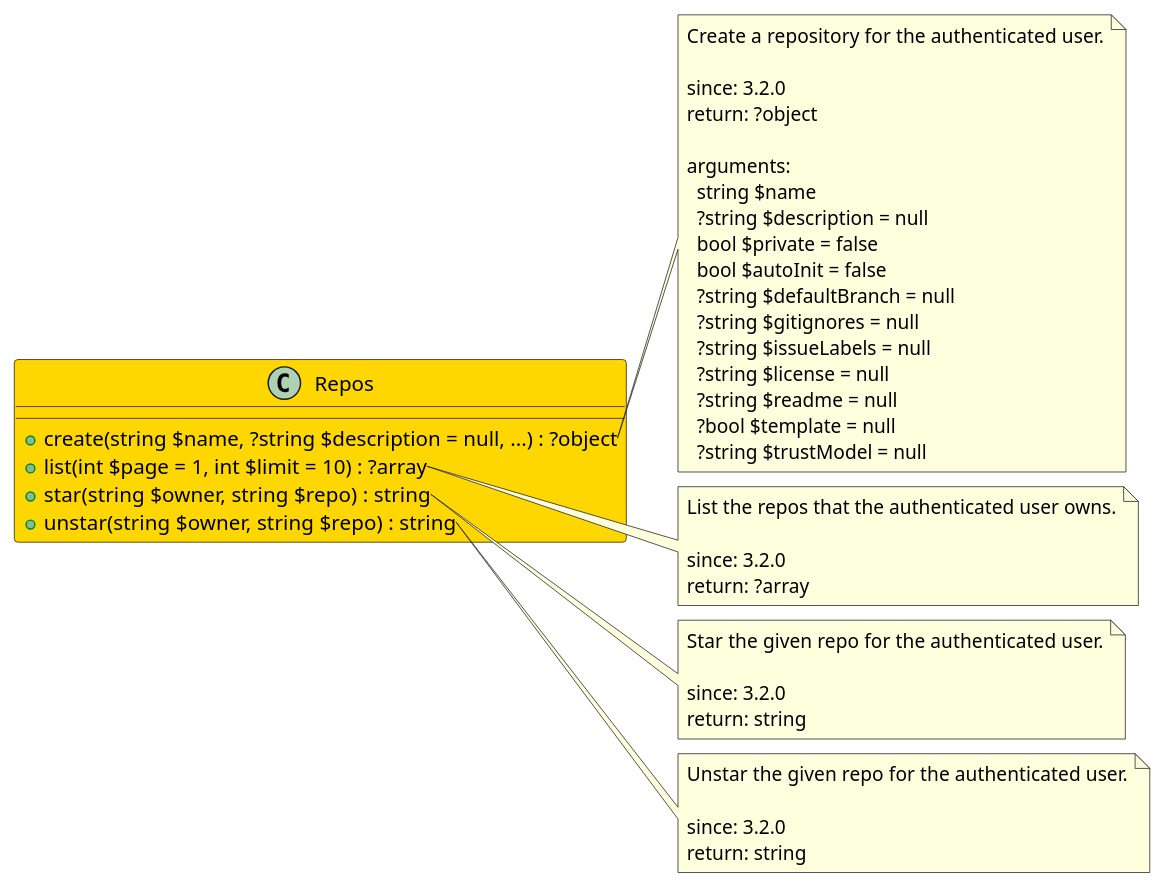
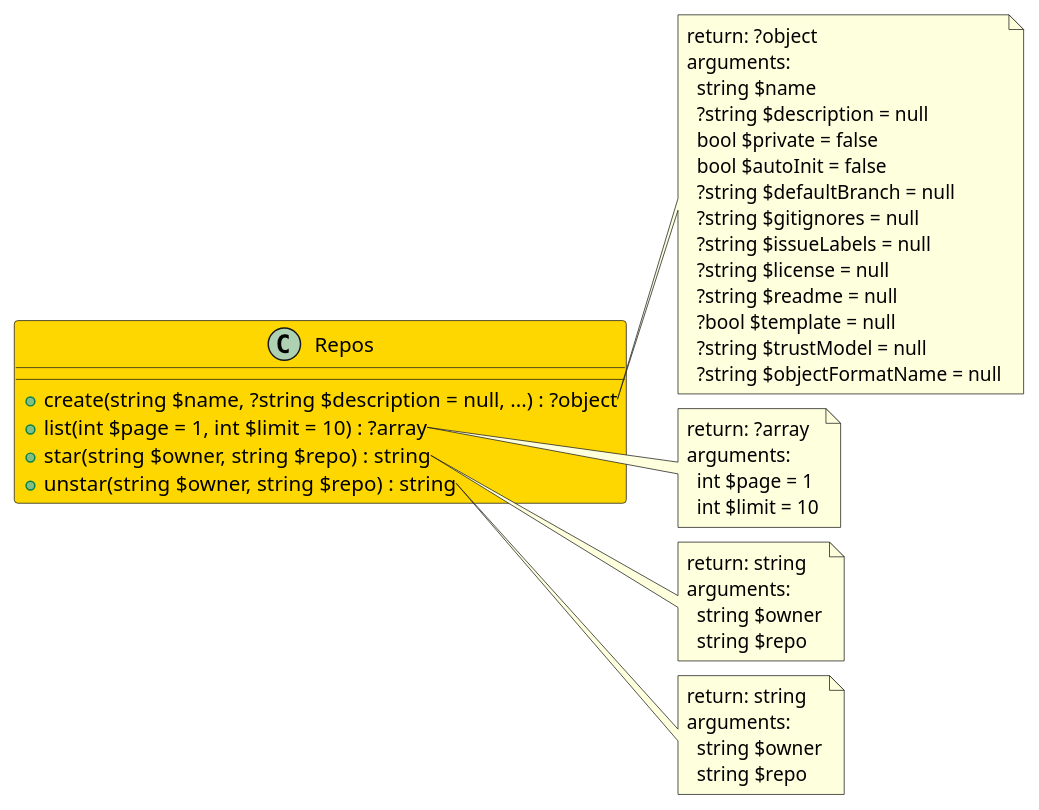
Before and after one commit to joomengine/gitea: the diagram in src/fd560f3e-ce19-474f-86ca-1fb1d3af9992/README.md, drawn with PlantUML. The commit also changed 370 other files, not shown here.

````diff
--- a/src/fd560f3e-ce19-474f-86ca-1fb1d3af9992/README.md
+++ b/src/fd560f3e-ce19-474f-86ca-1fb1d3af9992/README.md
@@ -6,53 +6,50 @@
 ```uml
 @startuml
 
-class Repos  #Gold {
+class Repos #Gold {
   + create(string $name, ?string $description = null, ...) : ?object
   + list(int $page = 1, int $limit = 10) : ?array
   + star(string $owner, string $repo) : string
   + unstar(string $owner, string $repo) : string
 }
 
 note right of Repos::create
-  Create a repository for the authenticated user.
-
-  since: 3.2.0
   return: ?object
-  
   arguments:
     string $name
     ?string $description = null
     bool $private = false
     bool $autoInit = false
     ?string $defaultBranch = null
     ?string $gitignores = null
     ?string $issueLabels = null
     ?string $license = null
     ?string $readme = null
     ?bool $template = null
     ?string $trustModel = null
+    ?string $objectFormatName = null
 end note
 
 note right of Repos::list
-  List the repos that the authenticated user owns.
-
-  since: 3.2.0
   return: ?array
+  arguments:
+    int $page = 1
+    int $limit = 10
 end note
 
 note right of Repos::star
-  Star the given repo for the authenticated user.
-
-  since: 3.2.0
   return: string
+  arguments:
+    string $owner
+    string $repo
 end note
 
 note right of Repos::unstar
-  Unstar the given repo for the authenticated user.
-
-  since: 3.2.0
   return: string
+  arguments:
+    string $owner
+    string $repo
 end note
 
 @enduml
 ```
````
